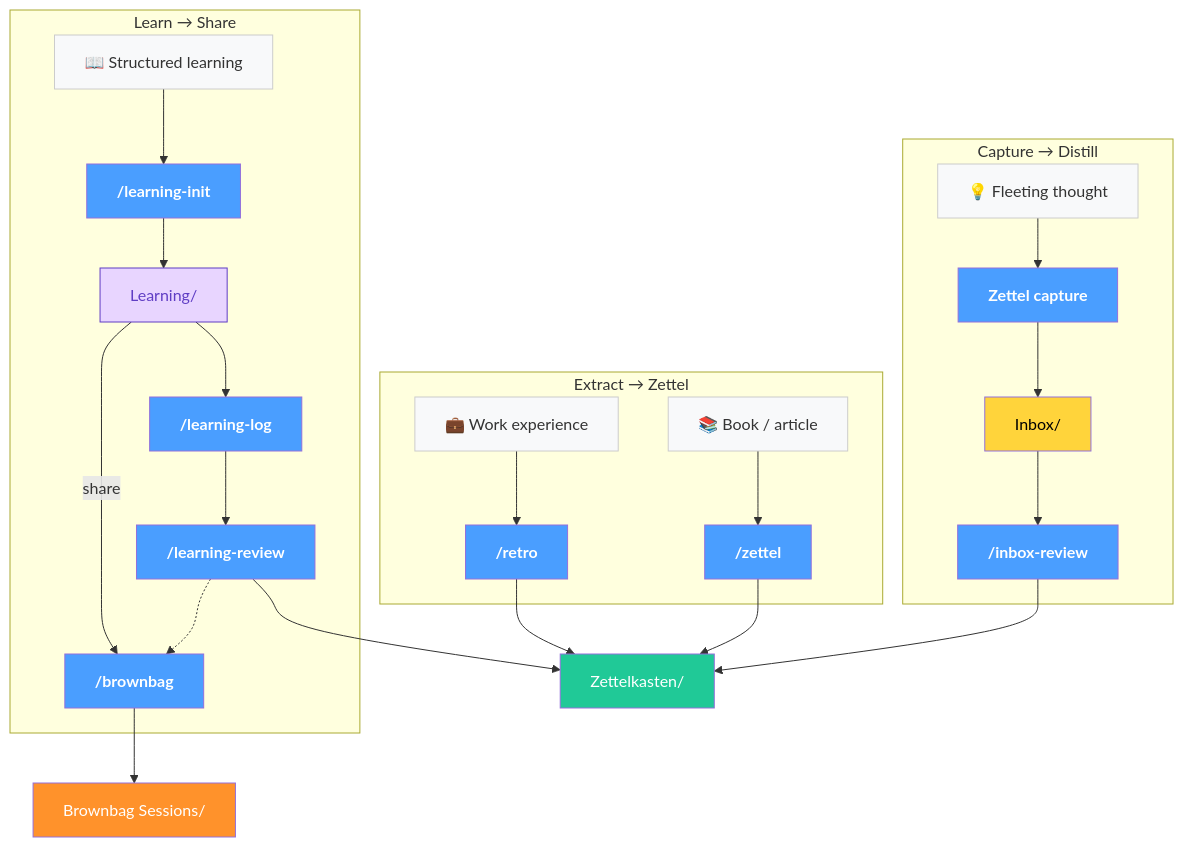
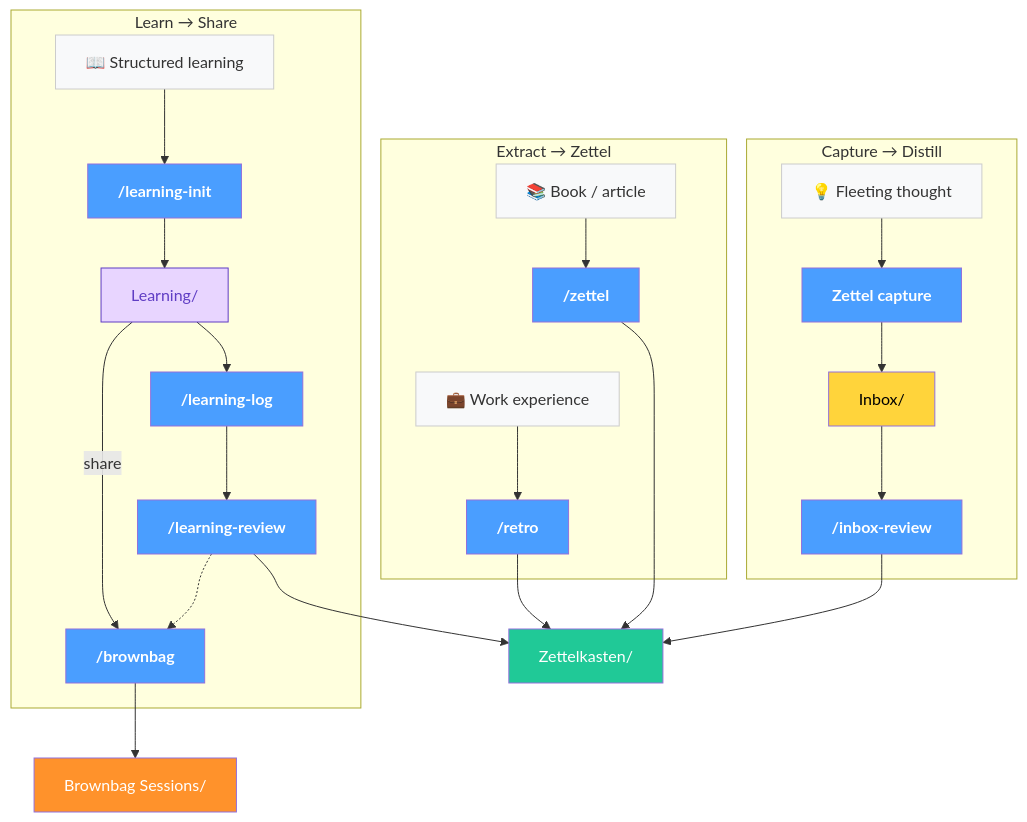
One commit to yepengfan/obsidian-workflow changed the third of 3 diagrams in README.md. Above: the diagram before and after it, drawn with Mermaid.

Commit message:
Keep extract subgraph narrow with invisible vertical link
Use ~~~ between zettel and work experience nodes to force vertical
stacking without implying a semantic relationship.

````diff
--- a/README.md
+++ b/README.md
@@ -106,36 +106,37 @@
 ```mermaid
 flowchart TD
     classDef cmd fill:#4a9eff,color:#fff,font-weight:bold
     classDef store fill:#20c997,color:#fff
     classDef inbox fill:#ffd43b,color:#000
     classDef source fill:#f8f9fa,color:#333,stroke:#ccc
     classDef plan fill:#e8d5ff,color:#5f3dc4,stroke:#5f3dc4
     classDef output fill:#ff922b,color:#fff
 
     subgraph capture ["Capture → Distill"]
         THOUGHT["💡 Fleeting thought"]:::source
         THOUGHT --> BTN["Zettel capture"]:::cmd
         BTN --> INBOX["Inbox/"]:::inbox
         INBOX --> IR["/inbox-review"]:::cmd
     end
 
     subgraph learn ["Learn → Share"]
         COURSE["📖 Structured learning"]:::source --> LI["/learning-init"]:::cmd
         LI --> PLAN["Learning/"]:::plan
         PLAN --> LL["/learning-log"]:::cmd
         LL --> LR["/learning-review"]:::cmd
         LR -.-> BB["/brownbag"]:::cmd
     end
 
     subgraph extract ["Extract → Zettel"]
         BOOK["📚 Book / article"]:::source --> ZT["/zettel"]:::cmd
-        WORK_EXP["💼 Work experience"]:::source --> RT["/retro"]:::cmd
+        ZT ~~~ WORK_EXP["💼 Work experience"]:::source
+        WORK_EXP --> RT["/retro"]:::cmd
     end
 
     IR --> ZK["Zettelkasten/"]:::store
     ZT --> ZK
     RT --> ZK
     LR --> ZK
     PLAN -->|share| BB
     BB --> BBS["Brownbag Sessions/"]:::output
 ```
````
